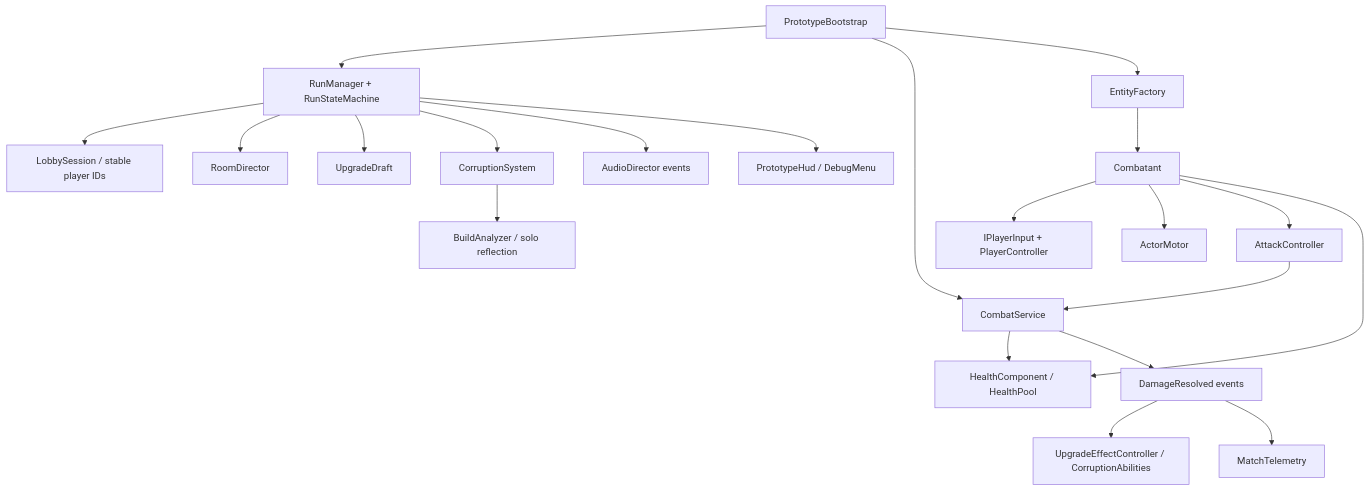
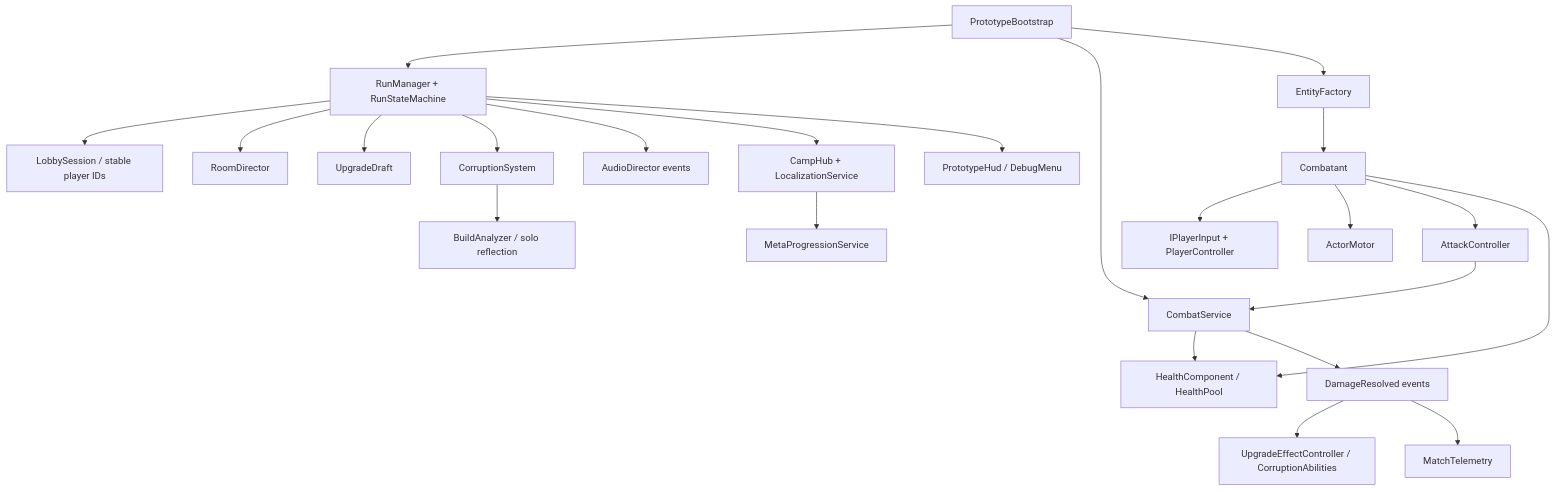
Before and after one commit to YouKnowJS/ashbound: the first of 2 diagrams in Docs/ARCHITECTURE.md, drawn with Mermaid. The commit also changed other lines of this file and 27 other files, not shown here.

````diff
--- a/Docs/ARCHITECTURE.md
+++ b/Docs/ARCHITECTURE.md
@@ -17,23 +17,25 @@
 ```mermaid
 flowchart TD
     B[PrototypeBootstrap] --> R[RunManager + RunStateMachine]
     B --> C[CombatService]
     B --> F[EntityFactory]
     R --> L[LobbySession / stable player IDs]
     R --> Rooms[RoomDirector]
     R --> Draft[UpgradeDraft]
     R --> Corrupt[CorruptionSystem]
     Corrupt --> Analyzer[BuildAnalyzer / solo reflection]
     F --> Actor[Combatant]
     Actor --> Input[IPlayerInput + PlayerController]
     Actor --> Motor[ActorMotor]
     Actor --> Attack[AttackController]
     Actor --> Health[HealthComponent / HealthPool]
     Attack --> C
     C --> Health
     C --> Events[DamageResolved events]
     Events --> Effects[UpgradeEffectController / CorruptionAbilities]
     Events --> Telemetry[MatchTelemetry]
     R --> Audio[AudioDirector events]
+    R --> Camp[CampHub + LocalizationService]
+    Camp --> Meta[MetaProgressionService]
     R --> UI[PrototypeHud / DebugMenu]
 ```
````
